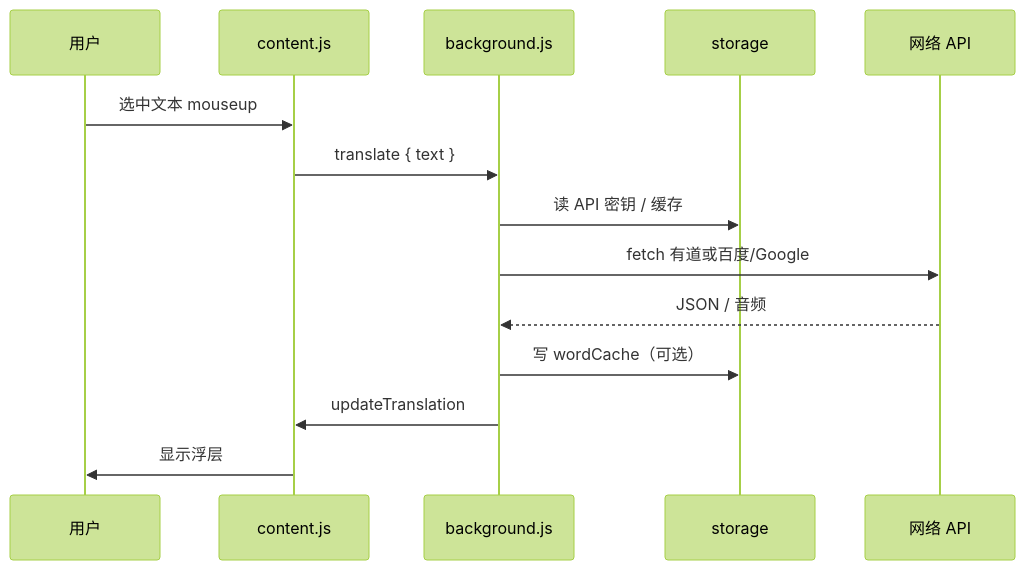
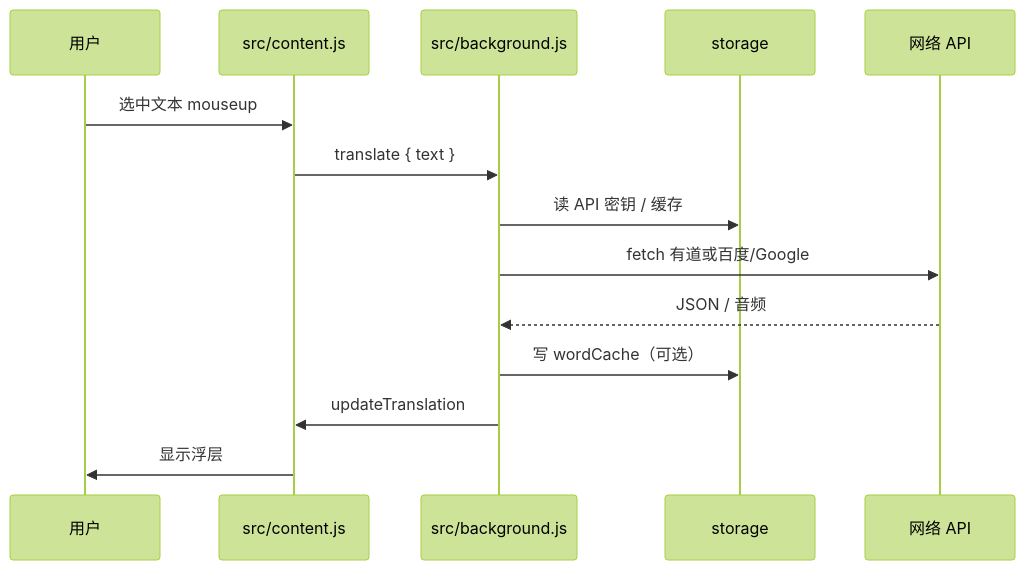
Before and after one commit to xuekeven/translation-extension: the second of 2 diagrams in TechStack.md, drawn with Mermaid (forest theme). The commit also changed other lines of this file and 15 other files, not shown here.

````diff
--- a/TechStack.md
+++ b/TechStack.md
@@ -205,16 +196,16 @@
 ```mermaid
 sequenceDiagram
   participant U as 用户
-  participant C as content.js
-  participant B as background.js
+  participant C as src/content.js
+  participant B as src/background.js
   participant S as storage
   participant N as 网络 API
   U->>C: 选中文本 mouseup
   C->>B: translate { text }
   B->>S: 读 API 密钥 / 缓存
   B->>N: fetch 有道或百度/Google
   N-->>B: JSON / 音频
   B->>S: 写 wordCache（可选）
   B->>C: updateTranslation
   C->>U: 显示浮层
 ```
````
